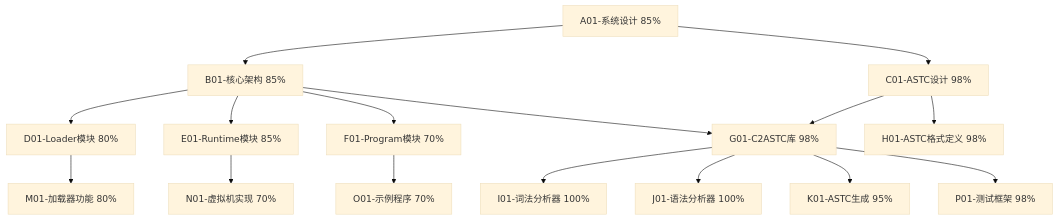
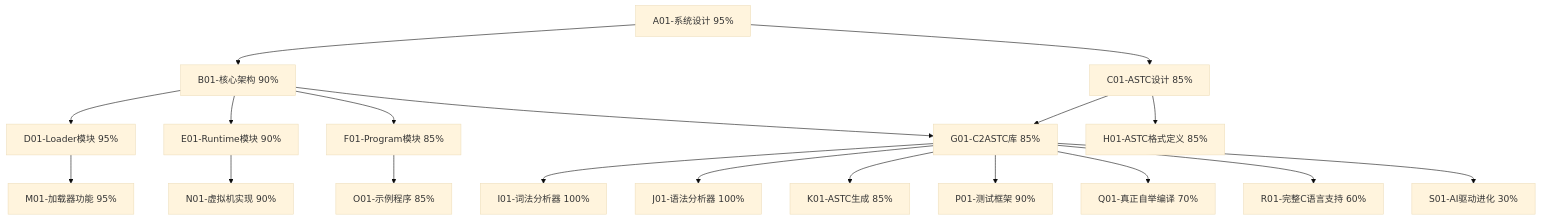
Before and after one commit to wanjochan/self-evolve-ai: the diagram in aitasker.md, drawn with Mermaid (base theme). The commit also changed other lines of this file and 16 other files, not shown here.

````diff
--- a/aitasker.md
+++ b/aitasker.md
@@ -7,23 +7,27 @@
 ```mermaid
 graph TD
-    A[A01-系统设计 85%] --> B[B01-核心架构 85%]
-    A --> C[C01-ASTC设计 98%]
-    
-    B --> D[D01-Loader模块 80%]
-    B --> E[E01-Runtime模块 85%]
-    B --> F[F01-Program模块 70%]
-    B --> G[G01-Evolver0自举编译器 95%]
-    
-    C --> G[G01-C2ASTC库 98%]
-    C --> H[H01-ASTC格式定义 98%]
-    
+    A[A01-系统设计 95%] --> B[B01-核心架构 90%]
+    A --> C[C01-ASTC设计 85%]
+
+    B --> D[D01-Loader模块 95%]
+    B --> E[E01-Runtime模块 90%]
+    B --> F[F01-Program模块 85%]
+    B --> G[G01-Evolver0自举编译器 85%]
+
+    C --> G[G01-C2ASTC库 85%]
+    C --> H[H01-ASTC格式定义 85%]
+
     G --> I[I01-词法分析器 100%]
     G --> J[J01-语法分析器 100%]
-    G --> K[K01-ASTC生成 95%]
-    
-    D --> M[M01-加载器功能 80%]
-    E --> N[N01-虚拟机实现 70%]
-    F --> O[O01-示例程序 70%]
-    
-    G --> P[P01-测试框架 98%]
+    G --> K[K01-ASTC生成 85%]
+
+    D --> M[M01-加载器功能 95%]
+    E --> N[N01-虚拟机实现 90%]
+    F --> O[O01-示例程序 85%]
+
+    G --> P[P01-测试框架 90%]
+
+    G --> Q[Q01-真正自举编译 70%]
+    G --> R[R01-完整C语言支持 60%]
+    G --> S[S01-AI驱动进化 30%]
 ```
````
